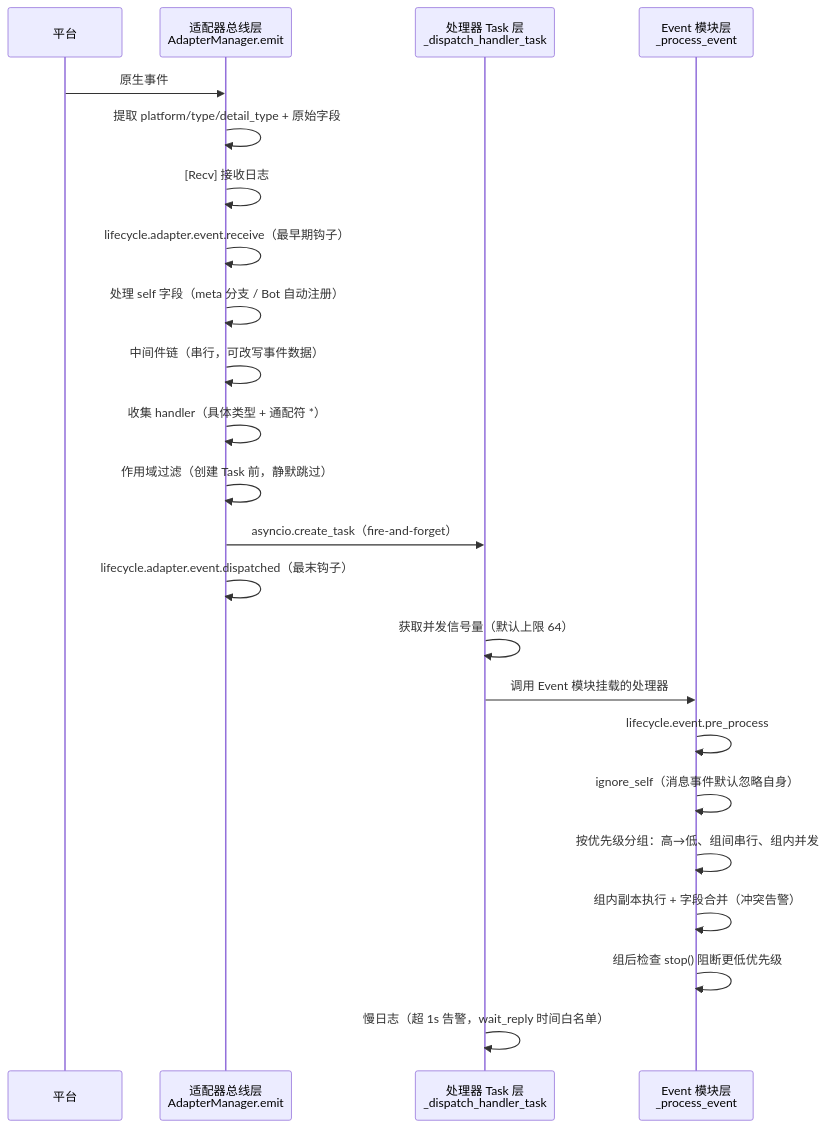
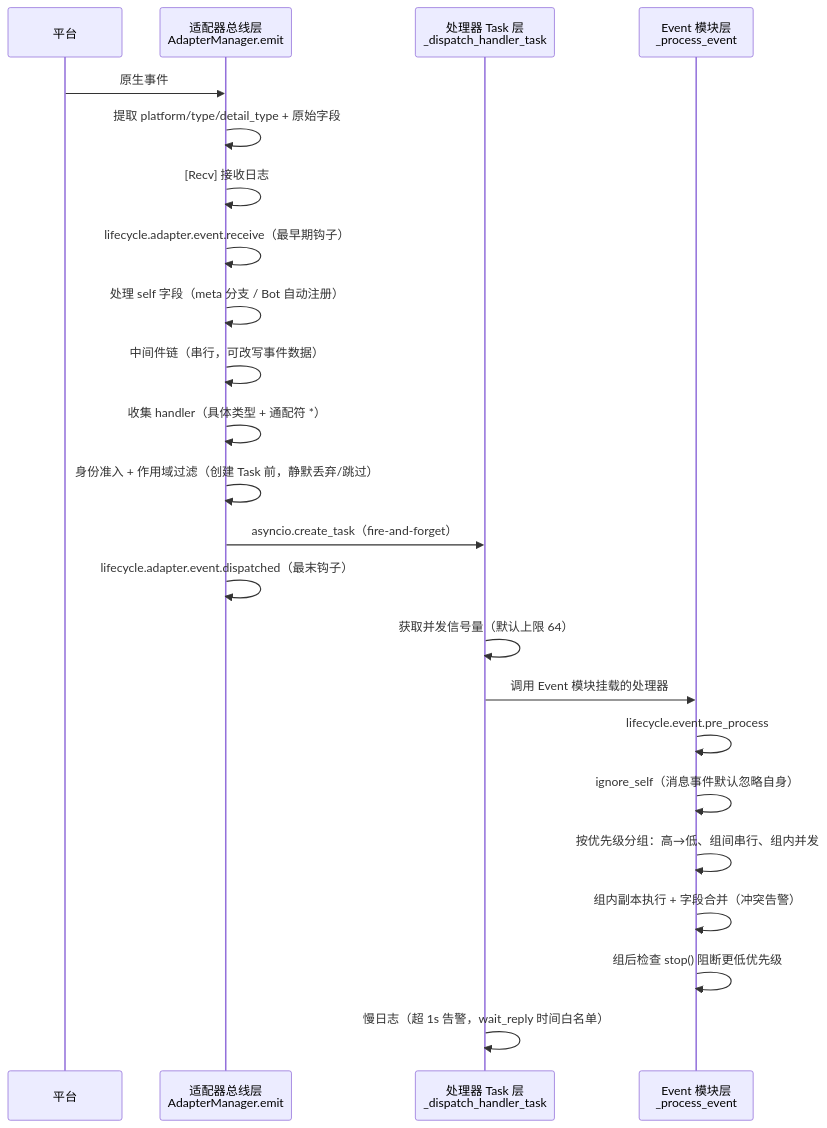
Before and after one commit to ErisPulse/ErisPulse: the fourth of 9 diagrams in docs/zh-CN/architecture.md, drawn with Mermaid. The commit also changed other lines of this file and 182 other files, not shown here.

````diff
--- a/docs/zh-CN/architecture.md
+++ b/docs/zh-CN/architecture.md
@@ -109,26 +109,26 @@
 ```mermaid
 sequenceDiagram
     participant P as 平台
     participant A as 适配器总线层<br/>AdapterManager.emit
     participant T as 处理器 Task 层<br/>_dispatch_handler_task
     participant E as Event 模块层<br/>_process_event
 
     P->>A: 原生事件
     A->>A: 提取 platform/type/detail_type + 原始字段
     A->>A: [Recv] 接收日志
     A->>A: lifecycle.adapter.event.receive（最早期钩子）
     A->>A: 处理 self 字段（meta 分支 / Bot 自动注册）
     A->>A: 中间件链（串行，可改写事件数据）
     A->>A: 收集 handler（具体类型 + 通配符 *）
-    A->>A: 作用域过滤（创建 Task 前，静默跳过）
+    A->>A: 身份准入 + 作用域过滤（创建 Task 前，静默丢弃/跳过）
     A->>T: asyncio.create_task（fire-and-forget）
     A->>A: lifecycle.adapter.event.dispatched（最末钩子）
     T->>T: 获取并发信号量（默认上限 64）
     T->>E: 调用 Event 模块挂载的处理器
     E->>E: lifecycle.event.pre_process
     E->>E: ignore_self（消息事件默认忽略自身）
     E->>E: 按优先级分组：高→低、组间串行、组内并发
     E->>E: 组内副本执行 + 字段合并（冲突告警）
     E->>E: 组后检查 stop() 阻断更低优先级
     T->>T: 慢日志（超 1s 告警，wait_reply 时间白名单）
 ```
````
